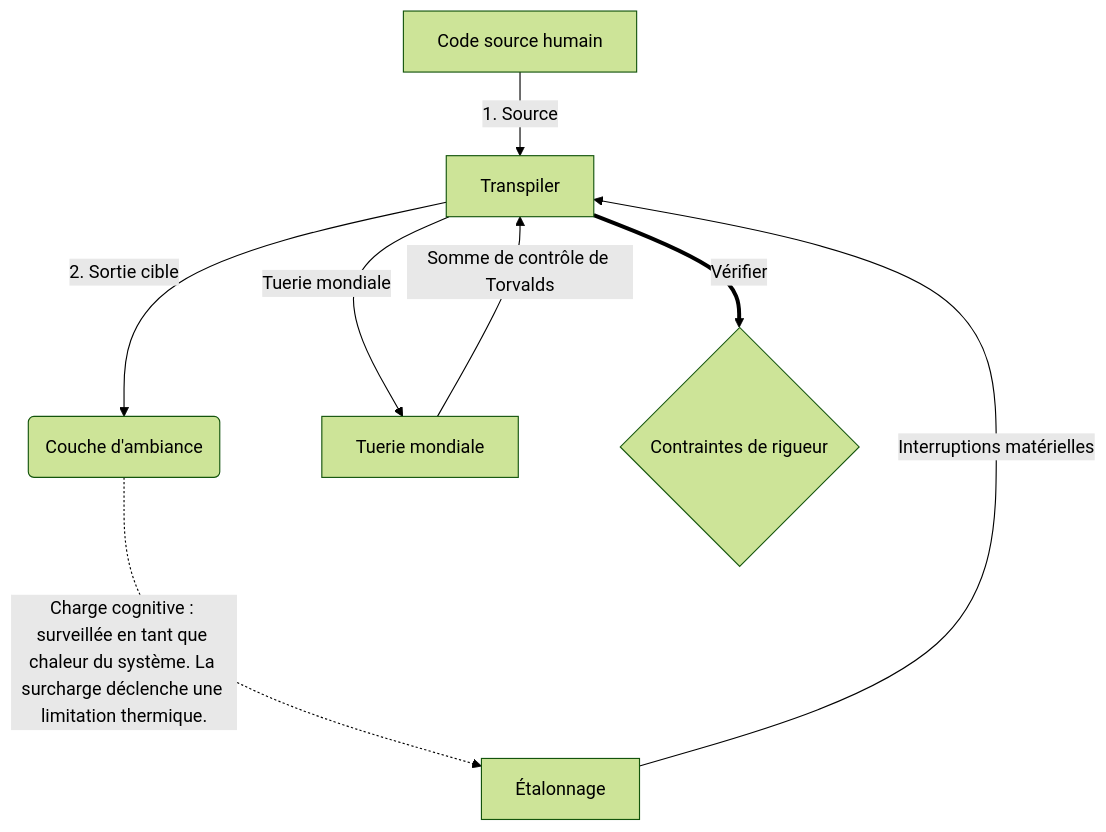
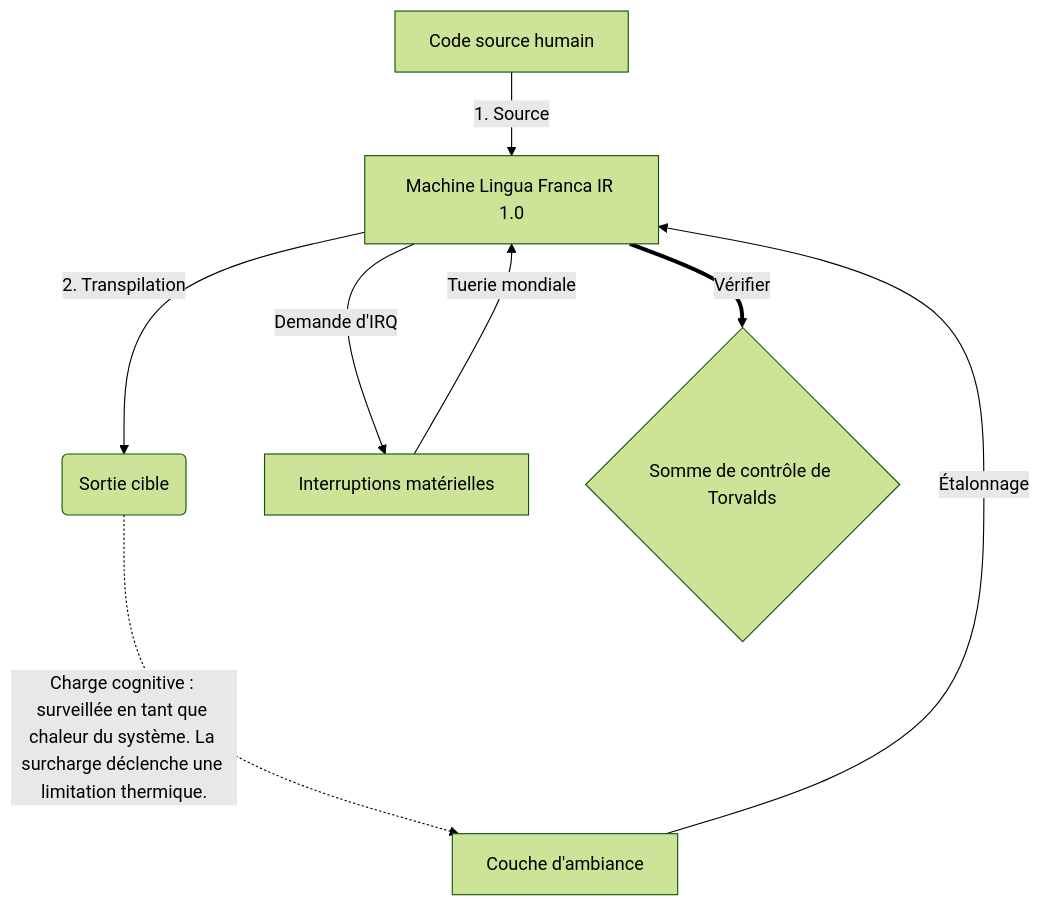
The diagram in README.student.fr.md (0compute/machine), drawn with Mermaid (forest theme) before and after one commit. The commit also changed other lines of this file and 103 other files, not shown here.

````diff
--- a/README.student.fr.md
+++ b/README.student.fr.md
@@ -93,10 +93,10 @@
 ```mermaid
 graph TD
-    A[Code source humain] -->|1. Source| B[Transpiler]
-    B -->|2. Sortie cible| C(Couche d'ambiance)
-    C -.->|Charge cognitive : surveillée en tant que chaleur du système. La surcharge déclenche une limitation thermique.| G[Étalonnage]
-    G -->|Interruptions matérielles| B
-    B -->|Tuerie mondiale| H[Tuerie mondiale]
-    H -->|Somme de contrôle de Torvalds| B
-    B == Vérifier ==> I{Contraintes de rigueur}
+    A[Code source humain] -->|1. Source| B[Machine Lingua Franca IR 1.0]
+    B -->|2. Transpilation| C(Sortie cible)
+    C -.->|Charge cognitive : surveillée en tant que chaleur du système. La surcharge déclenche une limitation thermique.| G[Couche d'ambiance]
+    G -->|Étalonnage| B
+    B -->|Demande d'IRQ| H[Interruptions matérielles]
+    H -->|Tuerie mondiale| B
+    B == Vérifier ==> I{Somme de contrôle de Torvalds}
 ```
````
